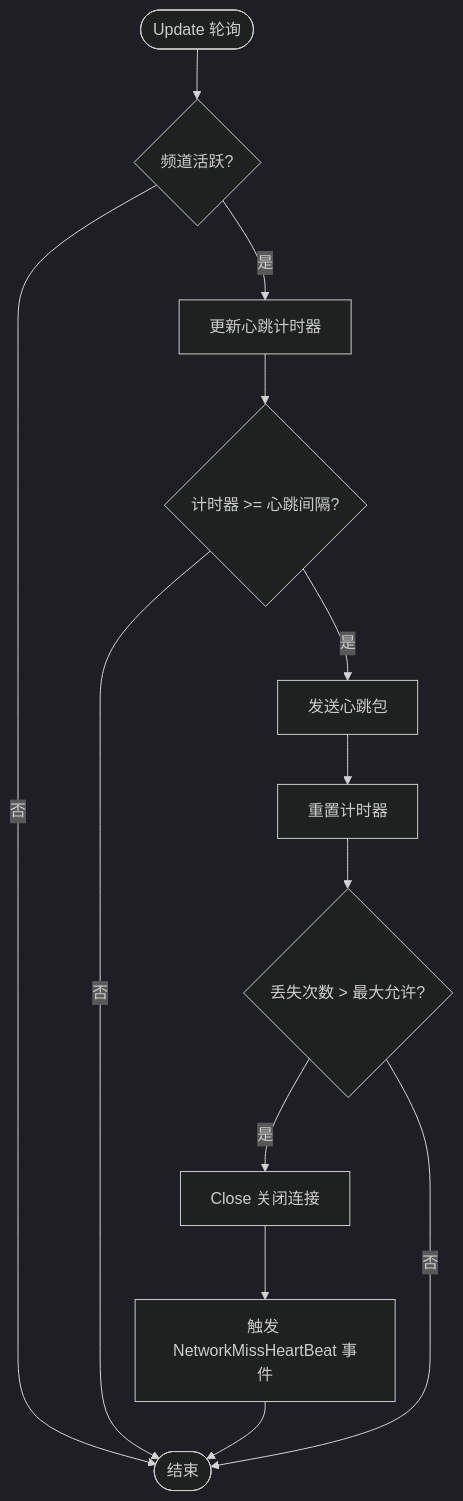
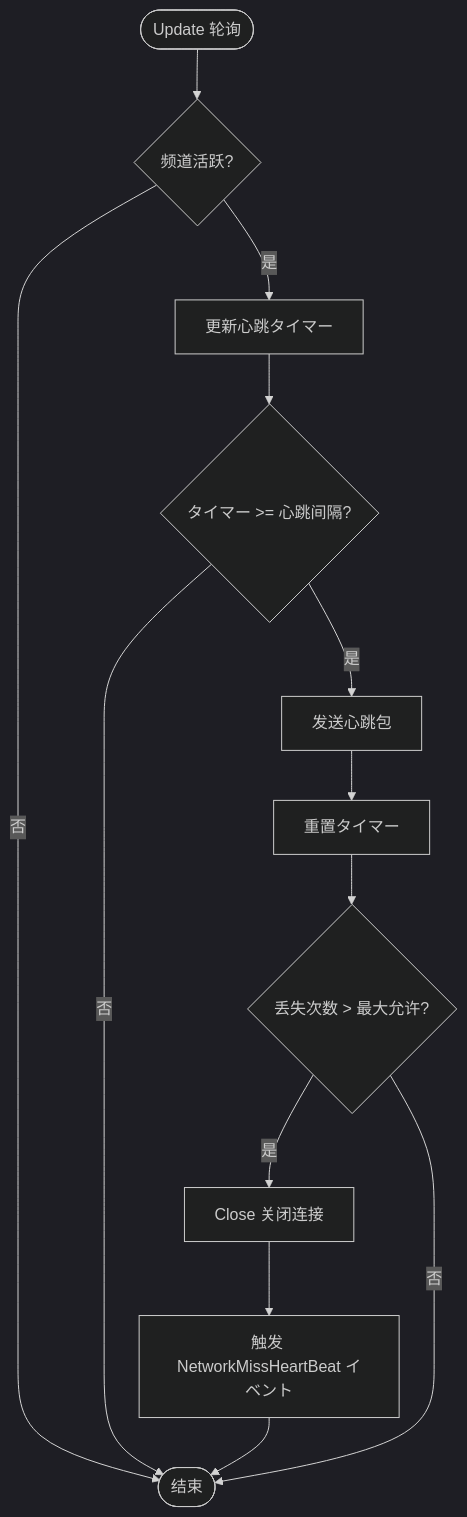
The fourth of 4 diagrams in docs/ja/client/unity/component/network/05.network-channel.md (AlianBlank/GameFrameX.Docs), drawn with Mermaid (dark theme) before and after one commit. The commit also changed other lines of this file and 603 other files, not shown here.

````diff
--- a/docs/ja/client/unity/component/network/05.network-channel.md
+++ b/docs/ja/client/unity/component/network/05.network-channel.md
@@ -158,15 +158,15 @@
 ```mermaid
 flowchart TD
     Start([Update 轮询]) --> CheckActive{频道活跃?}
     CheckActive -->|否| End([结束])
-    CheckActive -->|是| UpdateTimer[更新心跳计时器]
-    UpdateTimer --> CheckTimeout{计时器 >= 心跳间隔?}
+    CheckActive -->|是| UpdateTimer[更新心跳タイマー]
+    UpdateTimer --> CheckTimeout{タイマー >= 心跳间隔?}
     CheckTimeout -->|否| End
     CheckTimeout -->|是| SendHeartBeat[发送心跳包]
-    SendHeartBeat --> ResetTimer[重置计时器]
+    SendHeartBeat --> ResetTimer[重置タイマー]
     ResetTimer --> CheckMissCount{丢失次数 > 最大允许?}
     CheckMissCount -->|是| CloseChannel[Close 关闭连接]
-    CloseChannel --> FireEvent[触发 NetworkMissHeartBeat 事件]
+    CloseChannel --> FireEvent[触发 NetworkMissHeartBeat イベント]
     FireEvent --> End
     CheckMissCount -->|否| End
 ```
````
